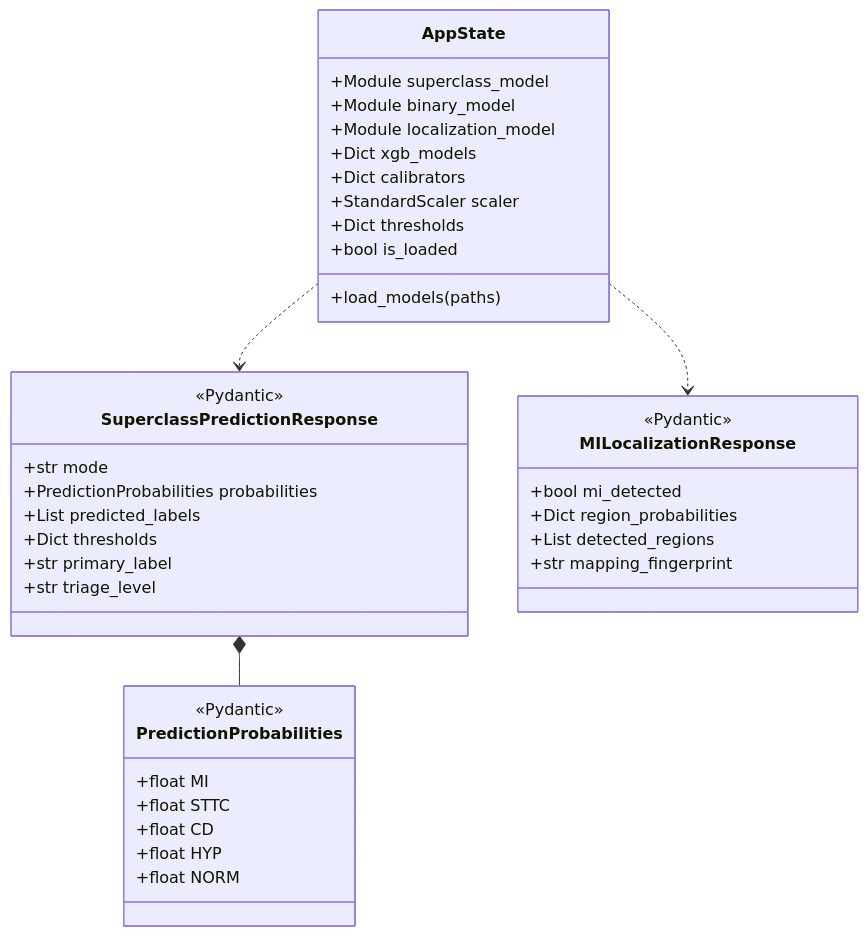
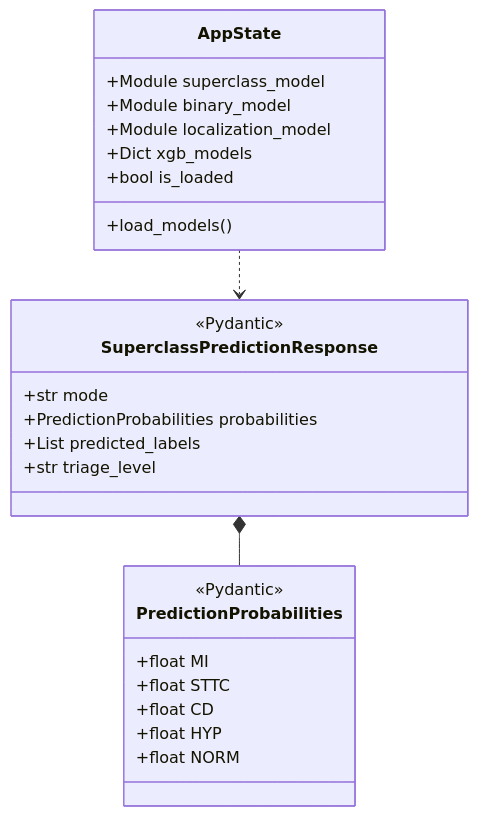
One commit to mUsaulug/CardioGuard-AI changed the sixth of 7 diagrams in docs/diagrams/03_class_diagram.md. Above: the diagram before and after it, drawn with Mermaid. The commit also changed other lines of this file and 5 other files, not shown here.

````diff
--- a/docs/diagrams/03_class_diagram.md
+++ b/docs/diagrams/03_class_diagram.md
@@ -249,47 +271,31 @@
 ```mermaid
 classDiagram
-    direction TB
-    
     class AppState {
         +Module superclass_model
         +Module binary_model
         +Module localization_model
         +Dict xgb_models
-        +Dict calibrators
-        +StandardScaler scaler
-        +Dict thresholds
         +bool is_loaded
-        +load_models(paths)
+        +load_models()
     }
     
     class PredictionProbabilities {
         <<Pydantic>>
         +float MI
         +float STTC
         +float CD
         +float HYP
         +float NORM
     }
     
     class SuperclassPredictionResponse {
         <<Pydantic>>
         +str mode
         +PredictionProbabilities probabilities
         +List predicted_labels
-        +Dict thresholds
-        +str primary_label
         +str triage_level
-    }
-    
-    class MILocalizationResponse {
-        <<Pydantic>>
-        +bool mi_detected
-        +Dict region_probabilities
-        +List detected_regions
-        +str mapping_fingerprint
     }
     
     SuperclassPredictionResponse *-- PredictionProbabilities
     AppState ..> SuperclassPredictionResponse
-    AppState ..> MILocalizationResponse
 ```
````
